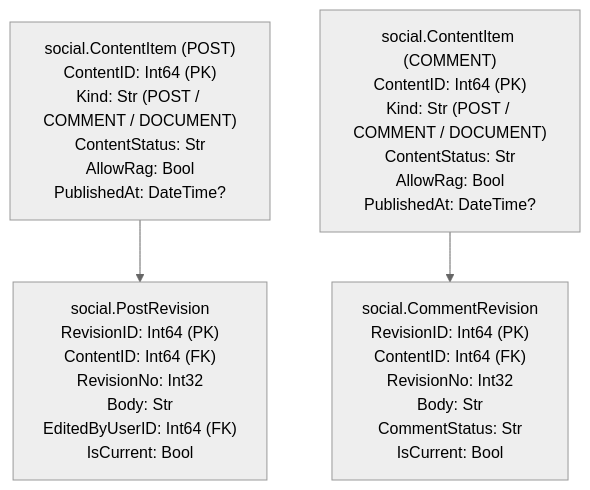
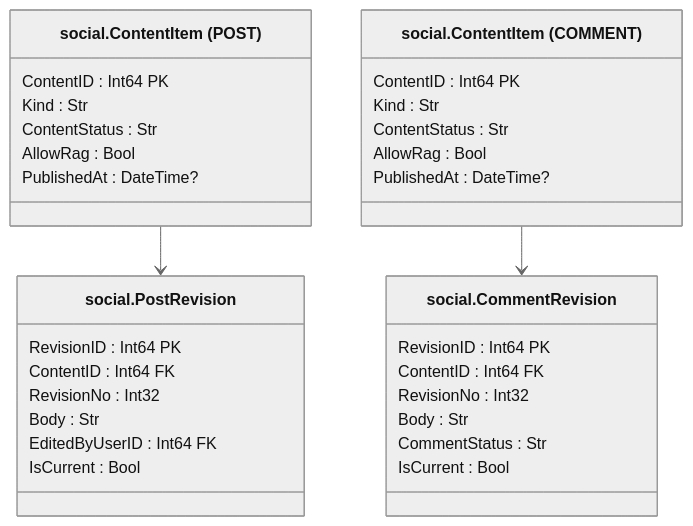
One commit to lkeey/BIVT-labs changed the fifth of 15 diagrams in 03SQL-CourseWork/architecture/database-model.md. Above: the diagram before and after it, drawn with Mermaid (neutral theme). The commit also changed other lines of this file, not shown here.

Commit message:
docs: center database table titles in diagrams

```diff
--- a/03SQL-CourseWork/architecture/database-model.md
+++ b/03SQL-CourseWork/architecture/database-model.md
@@ -68,9 +179,36 @@
 ~~~mermaid
-flowchart TB
-    P["social.ContentItem (POST)<br/>ContentID: Int64 (PK)<br/>Kind: Str (POST / COMMENT / DOCUMENT)<br/>ContentStatus: Str<br/>AllowRag: Bool<br/>PublishedAt: DateTime?"]
-    PR["social.PostRevision<br/>RevisionID: Int64 (PK)<br/>ContentID: Int64 (FK)<br/>RevisionNo: Int32<br/>Body: Str<br/>EditedByUserID: Int64 (FK)<br/>IsCurrent: Bool"]
-    C["social.ContentItem (COMMENT)<br/>ContentID: Int64 (PK)<br/>Kind: Str (POST / COMMENT / DOCUMENT)<br/>ContentStatus: Str<br/>AllowRag: Bool<br/>PublishedAt: DateTime?"]
-    CR["social.CommentRevision<br/>RevisionID: Int64 (PK)<br/>ContentID: Int64 (FK)<br/>RevisionNo: Int32<br/>Body: Str<br/>CommentStatus: Str<br/>IsCurrent: Bool"]
+classDiagram
+    direction TB
+    class P["social.ContentItem (POST)"] {
+        ContentID : Int64 PK
+        Kind : Str
+        ContentStatus : Str
+        AllowRag : Bool
+        PublishedAt : DateTime?
+    }
+    class PR["social.PostRevision"] {
+        RevisionID : Int64 PK
+        ContentID : Int64 FK
+        RevisionNo : Int32
+        Body : Str
+        EditedByUserID : Int64 FK
+        IsCurrent : Bool
+    }
+    class C["social.ContentItem (COMMENT)"] {
+        ContentID : Int64 PK
+        Kind : Str
+        ContentStatus : Str
+        AllowRag : Bool
+        PublishedAt : DateTime?
+    }
+    class CR["social.CommentRevision"] {
+        RevisionID : Int64 PK
+        ContentID : Int64 FK
+        RevisionNo : Int32
+        Body : Str
+        CommentStatus : Str
+        IsCurrent : Bool
+    }
     P --> PR
     C --> CR
 ~~~
```
